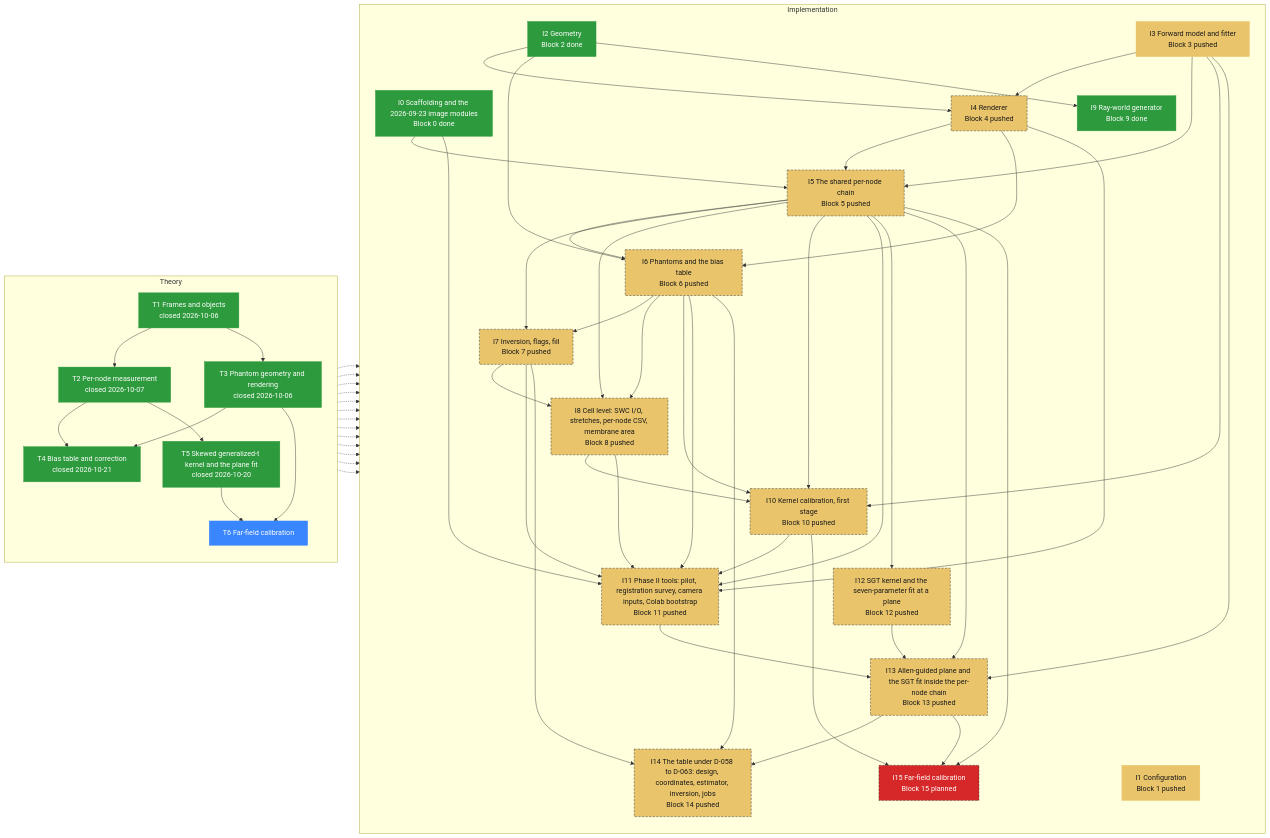
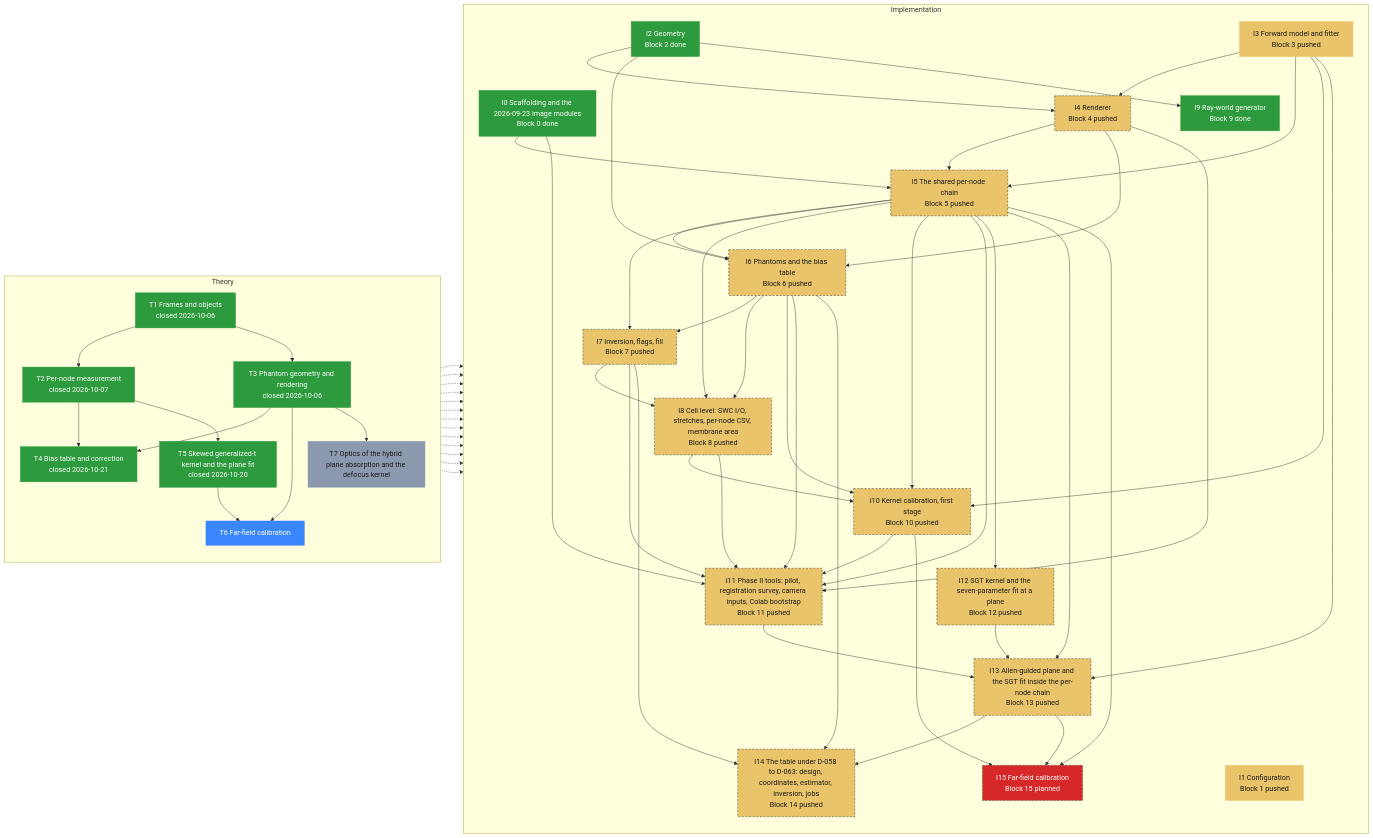
Before and after one commit to Leonardodm00/Towards-EEG: the diagram in specs/roadmap/diameter-pipeline.md, drawn with Mermaid. The commit also changed other lines of this file and 1 other file, not shown here.

First line of the commit message:
roadmap: T7 added (open): the optics of the hybrid plane absorption and the defocus kernel (I-004)

```diff
--- a/specs/roadmap/diameter-pipeline.md
+++ b/specs/roadmap/diameter-pipeline.md
@@ -24,6 +24,7 @@
         T4["T4 Bias table and correction<br/>closed 2026-10-21"]:::closed
         T5["T5 Skewed generalized-t kernel and the plane fit<br/>closed 2026-10-20"]:::closed
         T6["T6 Far-field calibration"]:::studying
+        T7["T7 Optics of the hybrid plane absorption and the defocus kernel"]:::open
         T1 --> T2
         T1 --> T3
         T2 --> T4
@@ -31,6 +32,7 @@
         T2 --> T5
         T3 --> T6
         T5 --> T6
+        T3 --> T7
     end
     subgraph impl["Implementation"]
         direction TB
```
